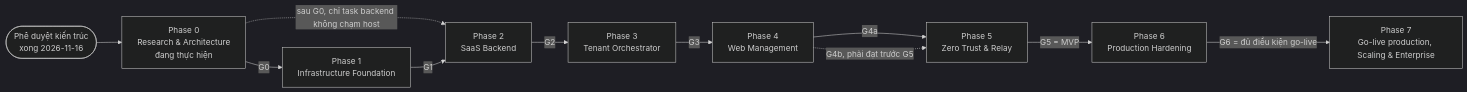
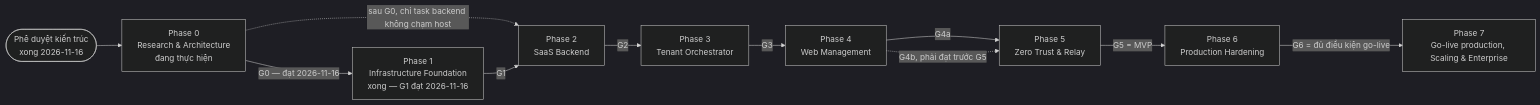
Before and after one commit to zhaduchanhzz/network-access-mesh: the diagram in ROADMAP.md, drawn with Mermaid (dark theme). The commit also changed other lines of this file and 4 other files, not shown here.

First line of the commit message:
G1 đạt: chủ dự án ký Go (2026-11-16) — Phase 1 xong, tiếp tục Phase 2

````diff
--- a/ROADMAP.md
+++ b/ROADMAP.md
@@ -38,13 +38,13 @@
 ```mermaid
 flowchart LR
   A([Phê duyệt kiến trúc<br/>xong 2026-11-16]) --> P0[Phase 0<br/>Research & Architecture<br/>đang thực hiện]
-  P0 -->|G0| P1[Phase 1<br/>Infrastructure Foundation]
+  P0 -->|G0 — đạt 2026-11-16| P1[Phase 1<br/>Infrastructure Foundation<br/>xong — G1 đạt 2026-11-16]
   P0 -. sau G0, chỉ task backend không chạm host .-> P2
   P1 -->|G1| P2[Phase 2<br/>SaaS Backend]
   P2 -->|G2| P3[Phase 3<br/>Tenant Orchestrator]
   P3 -->|G3| P4[Phase 4<br/>Web Management]
   P4 -->|G4a| P5[Phase 5<br/>Zero Trust & Relay]
   P4 -. G4b, phải đạt trước G5 .-> P5
   P5 -->|G5 = MVP| P6[Phase 6<br/>Production Hardening]
   P6 -->|G6 = đủ điều kiện go-live| P7[Phase 7<br/>Go-live production, Scaling & Enterprise]
 ```
````
